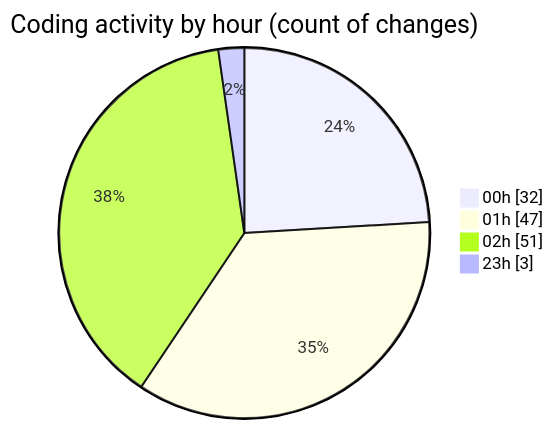
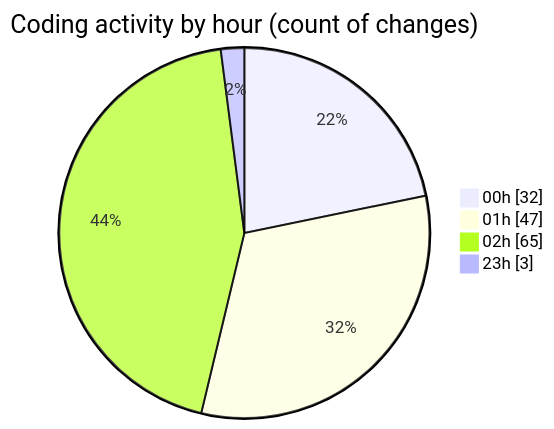
Before and after one commit to lephambinh05/code-tracking: the second of 2 diagrams in 2025-07-28/quanlyrapchieuphim-1/README.md, drawn with Mermaid. The commit also changed other lines of this file and 1 other file, not shown here.

````diff
--- a/2025-07-28/quanlyrapchieuphim-1/README.md
+++ b/2025-07-28/quanlyrapchieuphim-1/README.md
@@ -48,8 +48,8 @@
 ```mermaid
 pie showData
 title Coding activity by hour (count of changes)
 "00h" : 32
 "01h" : 47
-"02h" : 51
+"02h" : 65
 "23h" : 3
 ```
````
